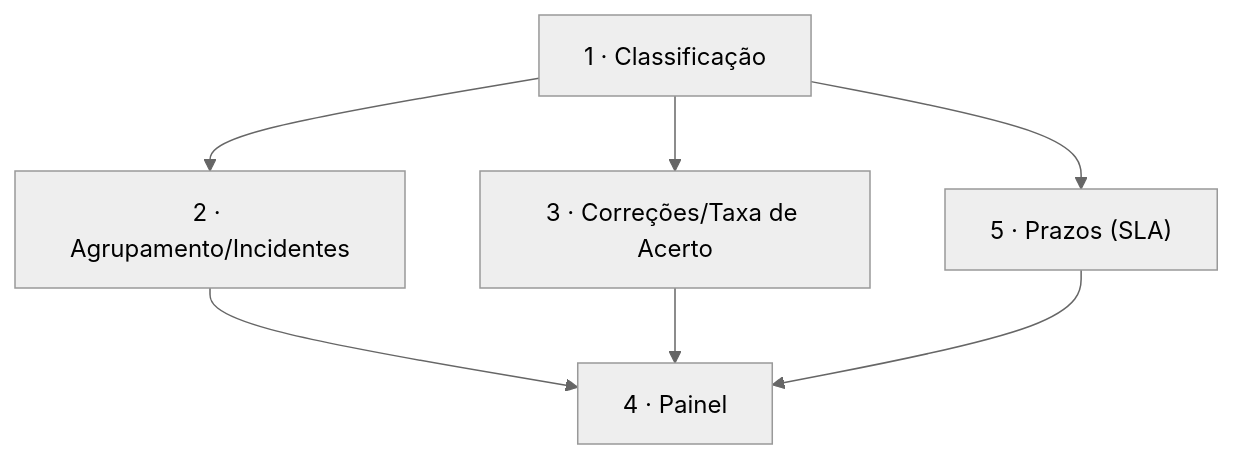
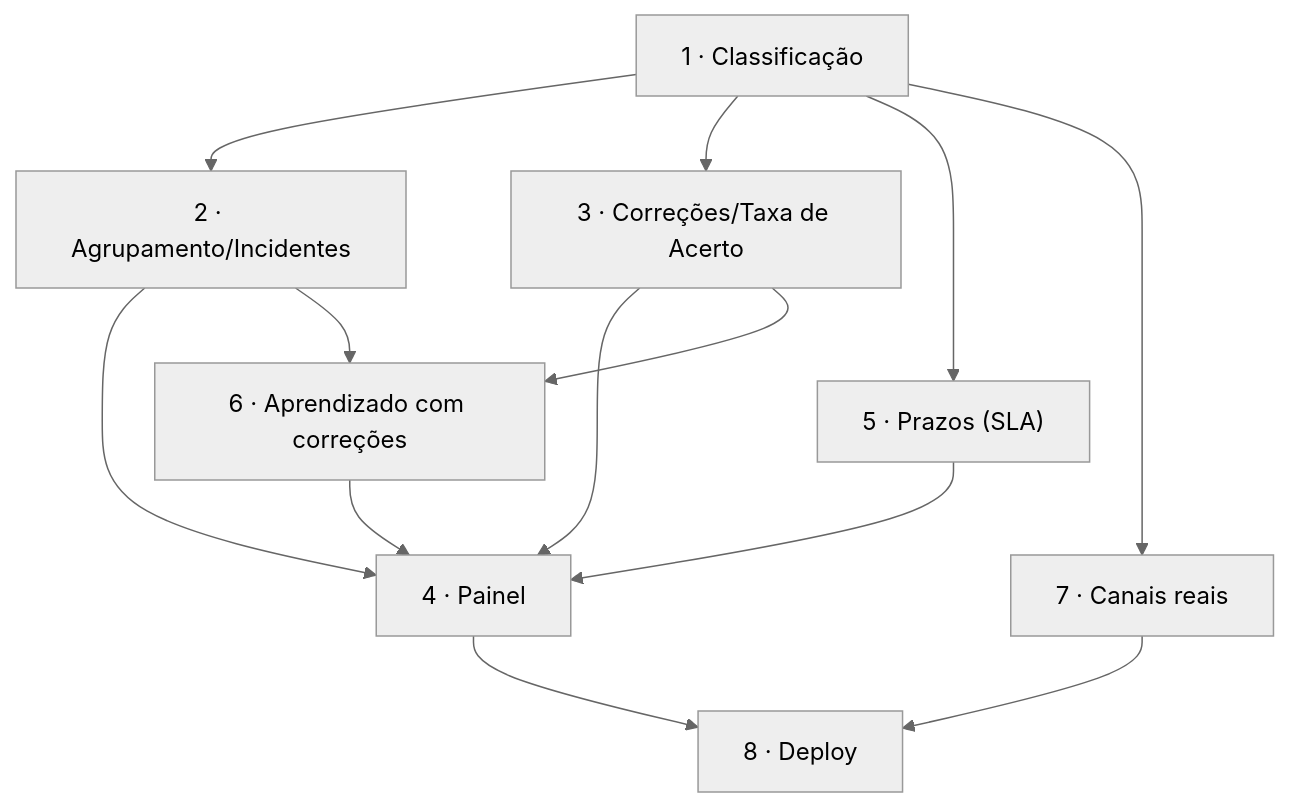
Before and after one commit to Miguel-Soares1/hackathon: the diagram in management/roadmap.md, drawn with Mermaid (neutral theme). The commit also changed other lines of this file and 10 other files, not shown here.

````diff
--- a/management/roadmap.md
+++ b/management/roadmap.md
@@ -29,14 +31,23 @@
 ```mermaid
 graph TD
   S1["1 · Classificação"]
   S2["2 · Agrupamento/Incidentes"]
   S3["3 · Correções/Taxa de Acerto"]
   S5["5 · Prazos (SLA)"]
   S4["4 · Painel"]
+  S6["6 · Aprendizado com correções"]
+  S7["7 · Canais reais"]
+  S8["8 · Deploy"]
   S1 --> S2
   S1 --> S3
   S1 --> S5
   S2 --> S4
   S3 --> S4
   S5 --> S4
+  S2 --> S6
+  S3 --> S6
+  S6 --> S4
+  S1 --> S7
+  S4 --> S8
+  S7 --> S8
 ```
````
